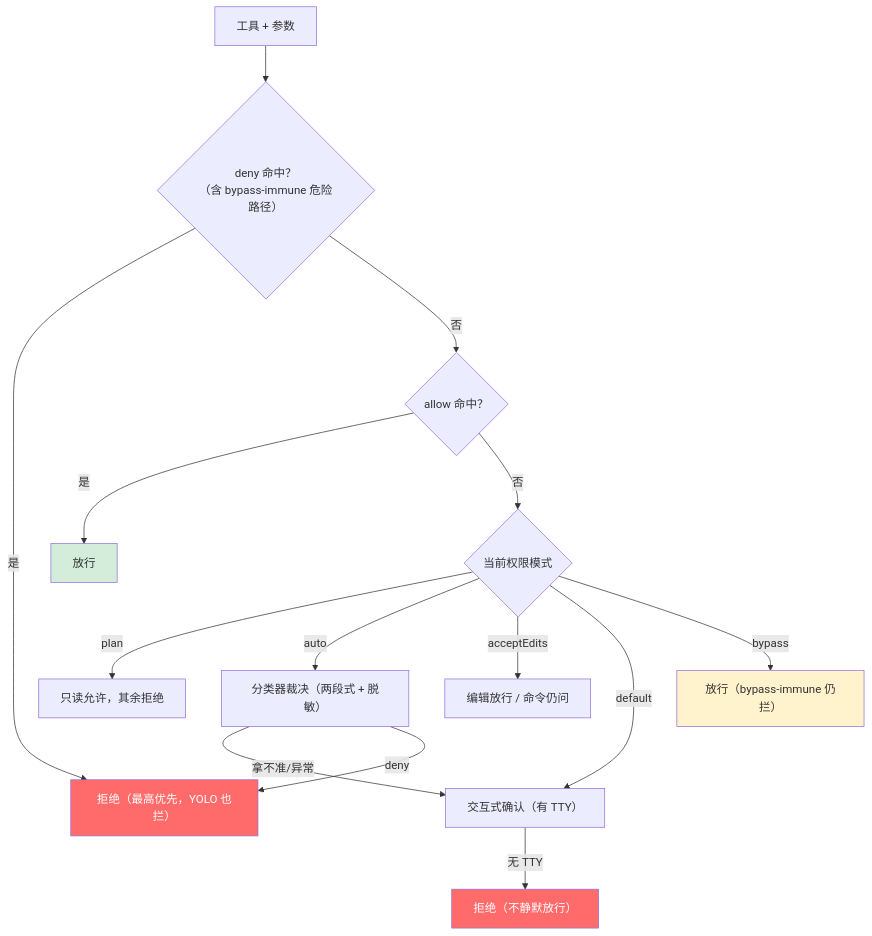
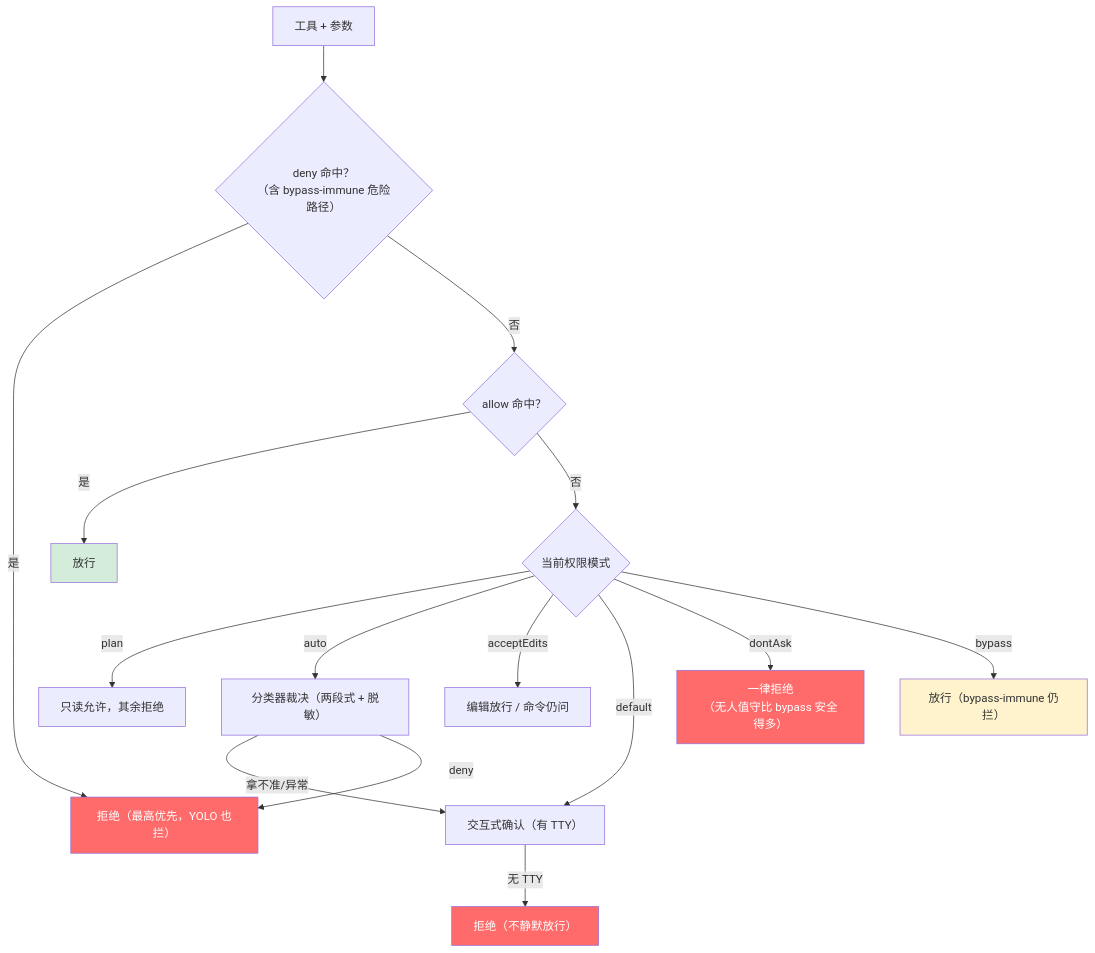
One commit to OPQ741/mod-agent changed the third of 3 diagrams in docs/security.md. Above: the diagram before and after it, drawn with Mermaid. The commit also changed other lines of this file and 21 other files, not shown here.

````diff
--- a/docs/security.md
+++ b/docs/security.md
@@ -211,20 +214,22 @@
 ```mermaid
 flowchart TD
     A["工具 + 参数"] --> D{"deny 命中？<br/>（含 bypass-immune 危险路径）"}
     D -- 是 --> X["拒绝（最高优先，YOLO 也拦）"]
     D -- 否 --> AL{"allow 命中？"}
     AL -- 是 --> P["放行"]
     AL -- 否 --> M{"当前权限模式"}
     M -- plan --> R["只读允许，其余拒绝"]
     M -- auto --> C["分类器裁决（两段式 + 脱敏）"]
     M -- acceptEdits --> E["编辑放行 / 命令仍问"]
     M -- default --> Q["交互式确认（有 TTY）"]
+    M -- dontAsk --> DN["一律拒绝<br/>（无人值守比 bypass 安全得多）"]
     M -- bypass --> Y["放行（bypass-immune 仍拦）"]
     C -- 拿不准/异常 --> Q
     C -- deny --> X
     Q -- 无 TTY --> X2["拒绝（不静默放行）"]
     style X fill:#ff6b6b,color:#fff
     style X2 fill:#ff6b6b,color:#fff
+    style DN fill:#ff6b6b,color:#fff
     style P fill:#d4edda
     style Y fill:#fff3cd
 ```
````
